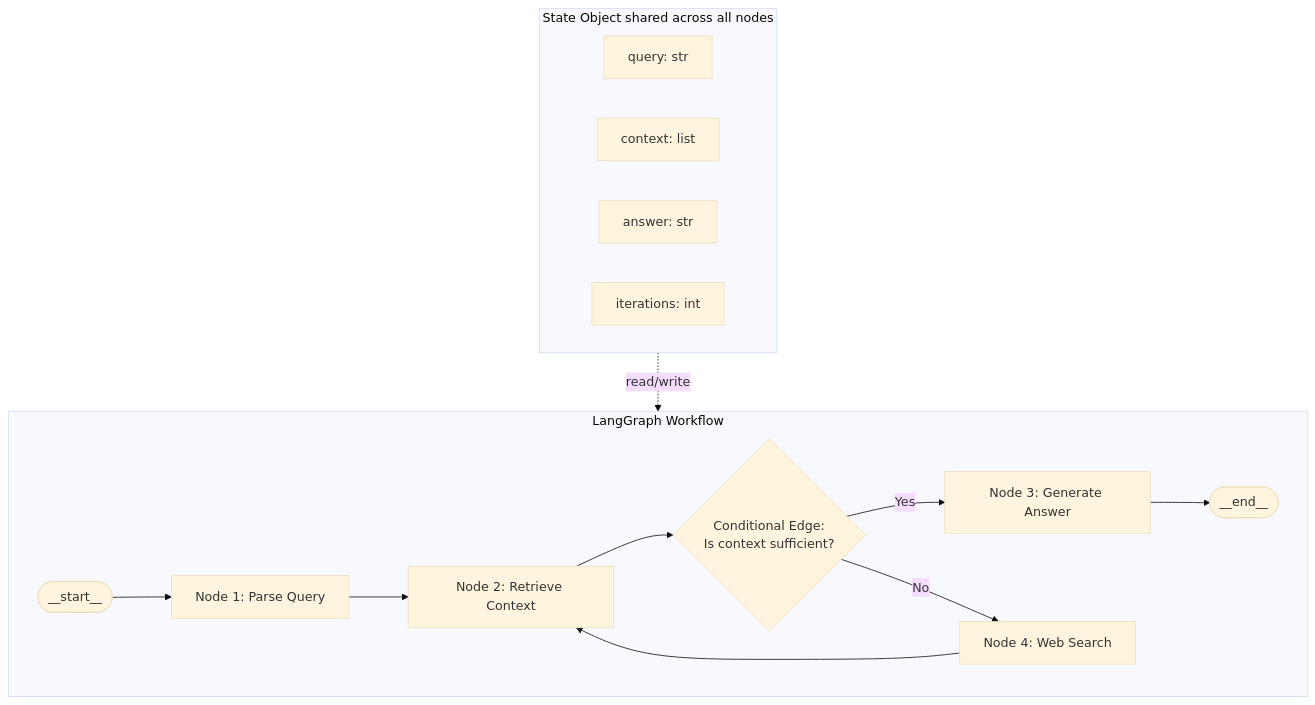
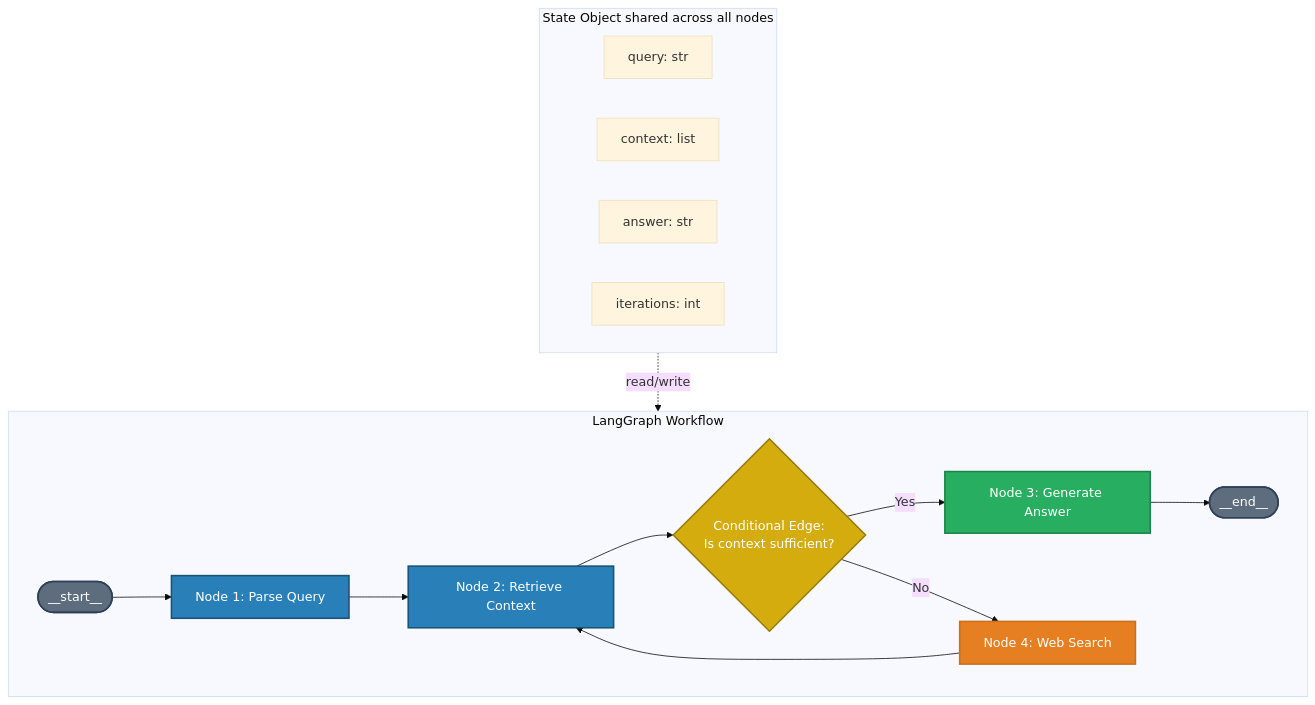
Diagram 11 of 24 in docs/17-interview-questions/topic_deep_dive_rag.md (GyanendraChaubey/AI-Engineering-Notes), drawn with Mermaid (base theme) before and after one commit. The commit also changed other lines of this file and 74 other files, not shown here.

First line of the commit message:
refactor: split company_wise_interviews.md into 72 individual interview files + fix mermaid colors

````diff
--- a/docs/17-interview-questions/topic_deep_dive_rag.md
+++ b/docs/17-interview-questions/topic_deep_dive_rag.md
@@ -476,21 +536,29 @@
 ```mermaid
 graph TD
     subgraph LANGGRAPH["LangGraph Workflow"]
         START([__start__]) --> N1[Node 1: Parse Query]
         N1 --> N2[Node 2: Retrieve Context]
         N2 --> COND{Conditional Edge:\nIs context sufficient?}
         COND -->|Yes| N3[Node 3: Generate Answer]
         COND -->|No| N4[Node 4: Web Search]
         N4 --> N2
         N3 --> END([__end__])
     end
 
+    style START fill:#5D6D7E,stroke:#2E4057,stroke-width:2px,color:#FFFFFF
+    style END fill:#5D6D7E,stroke:#2E4057,stroke-width:2px,color:#FFFFFF
+    style N1 fill:#2980B9,stroke:#1A5276,stroke-width:2px,color:#FFFFFF
+    style N2 fill:#2980B9,stroke:#1A5276,stroke-width:2px,color:#FFFFFF
+    style N3 fill:#27AE60,stroke:#1E8449,stroke-width:2px,color:#FFFFFF
+    style N4 fill:#E67E22,stroke:#CA6F1E,stroke-width:2px,color:#FFFFFF
+    style COND fill:#D4AC0D,stroke:#9A7D0A,stroke-width:2px,color:#FFFFFF
+
     subgraph STATE["State Object shared across all nodes"]
         S1[query: str]
         S2[context: list]
         S3[answer: str]
         S4[iterations: int]
     end
 
     STATE -.->|"read/write"| LANGGRAPH
 ```
````
